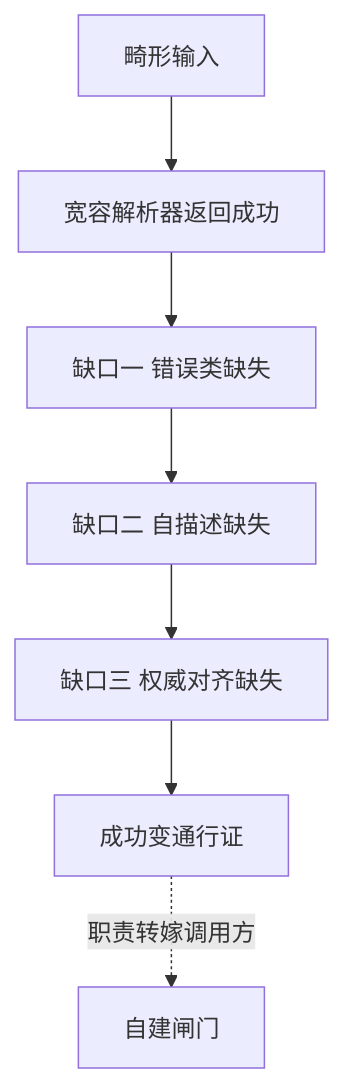
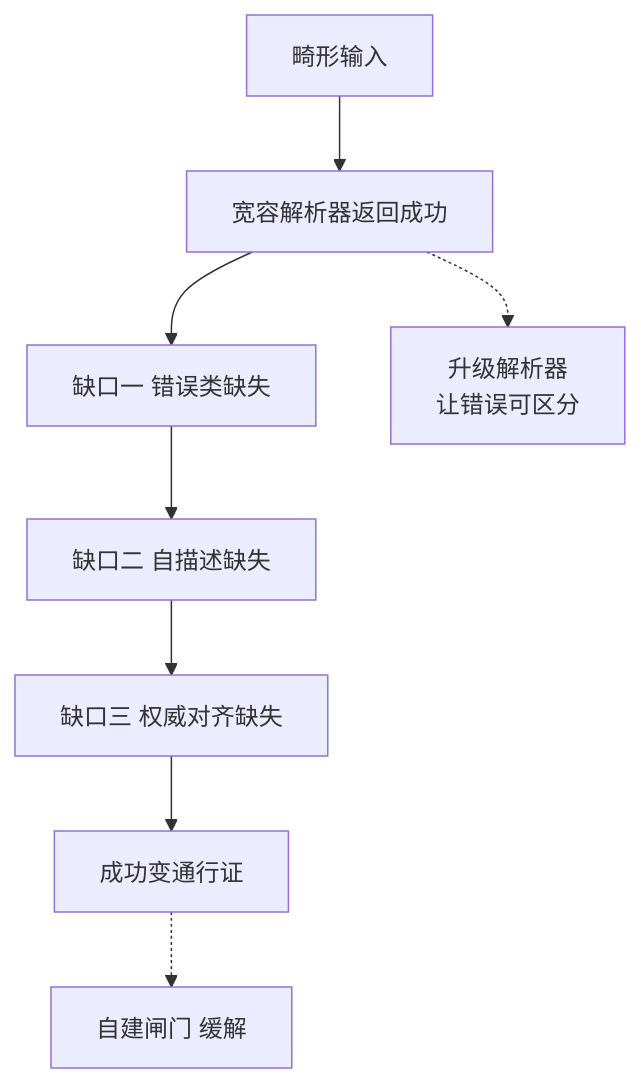
One commit to hub138/technical-knowledge changed the first of 2 diagrams in vault/工程知识/缺陷分析：从个案到体系/安全/解析边界的第二课：解析器没有错误类，调用方就要自己分.md. Above: the diagram before and after it, drawn with Mermaid. The commit also changed other lines of this file and 622 other files, not shown here.

````diff
--- a/vault/工程知识/缺陷分析：从个案到体系/安全/解析边界的第二课：解析器没有错误类，调用方就要自己分.md
+++ b/vault/工程知识/缺陷分析：从个案到体系/安全/解析边界的第二课：解析器没有错误类，调用方就要自己分.md
@@ -42,9 +66,10 @@
 ```mermaid
 flowchart TB
     i["畸形输入"] --> p["宽容解析器返回成功"]
     p --> g1["缺口一 错误类缺失"]
     g1 --> g2["缺口二 自描述缺失"]
     g2 --> g3["缺口三 权威对齐缺失"]
     g3 --> a["成功变通行证"]
-    a -.->|"职责转嫁调用方"| c["自建闸门"]
+    a -.-> c["自建闸门 缓解"]
+    p -.-> f2["升级解析器<br/>让错误可区分"]
 ```
````
